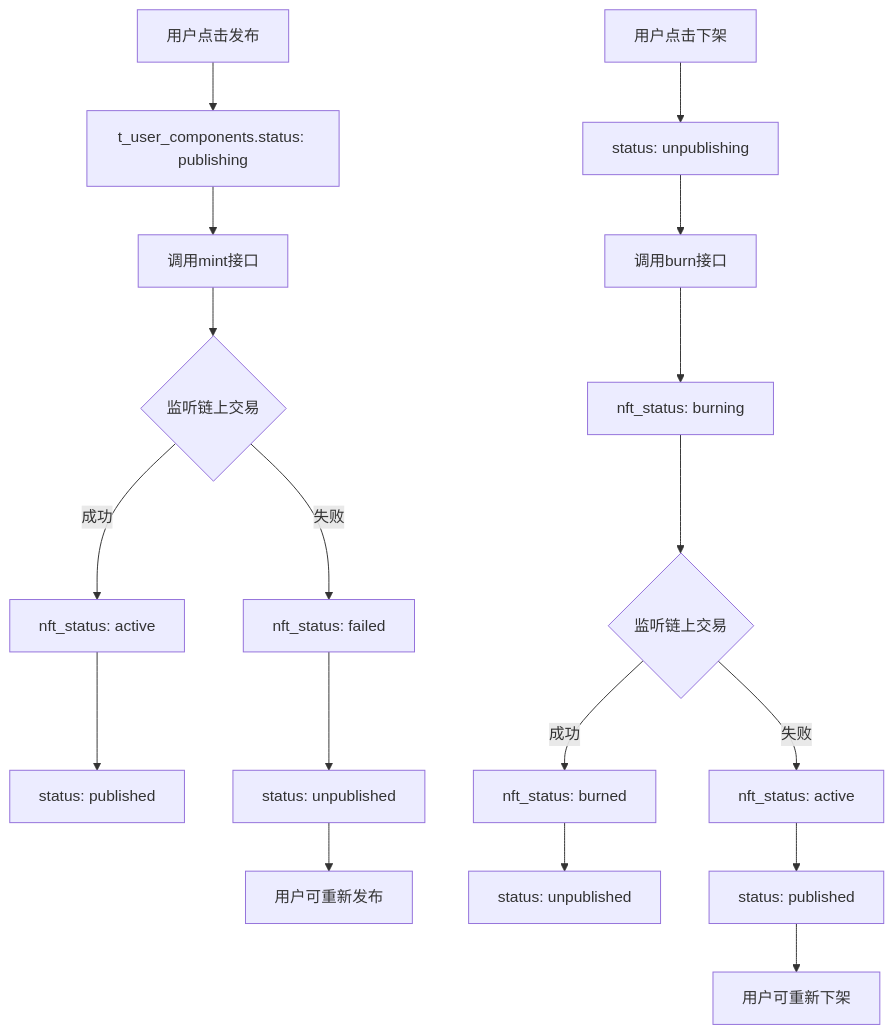
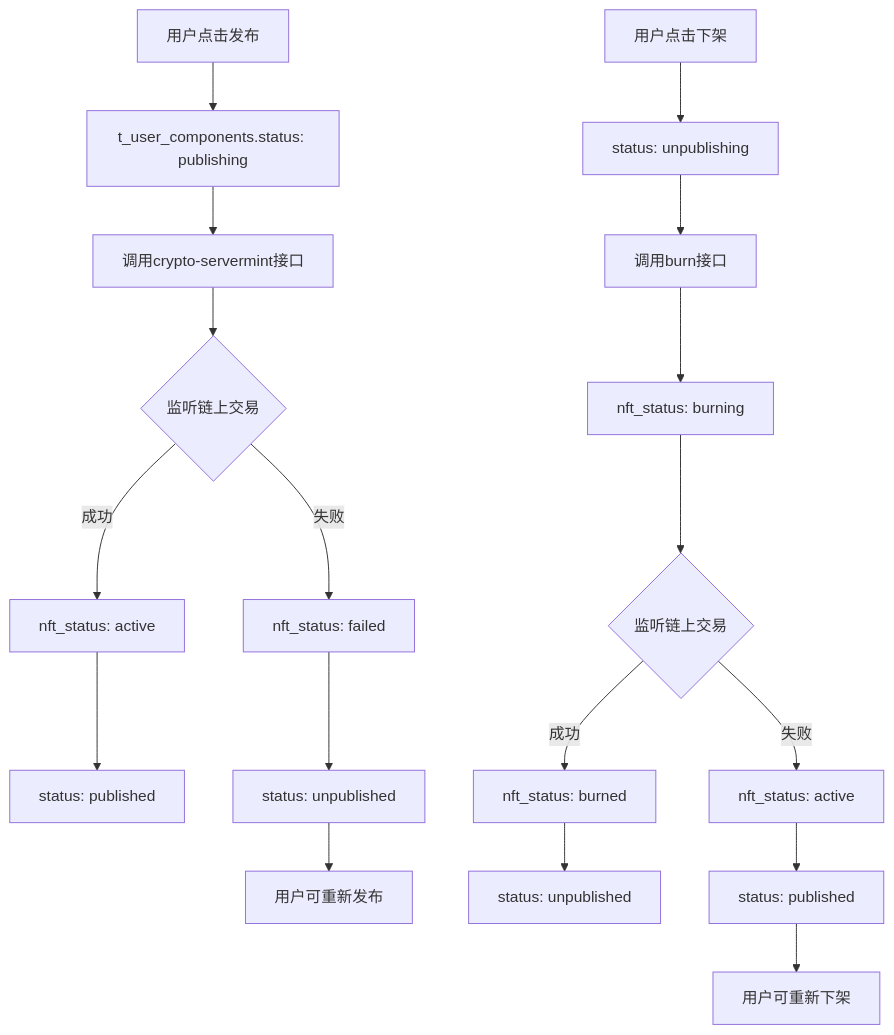
One commit to yingjianzh/iodraw-files changed the diagram in all/未命名-74.md. Above: the diagram before and after it, drawn with Mermaid.

Commit message:
2025-07-07 15:42:40 update

````diff
--- a/all/未命名-74.md
+++ b/all/未命名-74.md
@@ -1,21 +1,21 @@
 ```mermaid
 graph TD
     A[用户点击发布] --> B[t_user_components.status: publishing]
-    B --> C[调用mint接口]
+    B --> C[调用crypto-servermint接口]
     C --> E{监听链上交易}
     E -->|成功| F[nft_status: active]
     F --> G[status: published]
     E -->|失败| H[nft_status: failed]
     H --> I[status: unpublished]
     I --> J[用户可重新发布]
     
     K[用户点击下架] --> L[status: unpublishing]
     L --> M[调用burn接口]
     M --> N[nft_status: burning]
     N --> O{监听链上交易}
     O -->|成功| P[nft_status: burned]
     P --> Q[status: unpublished]
     O -->|失败| R[nft_status: active]
     R --> S[status: published]
     S --> T[用户可重新下架]
 ```
````
